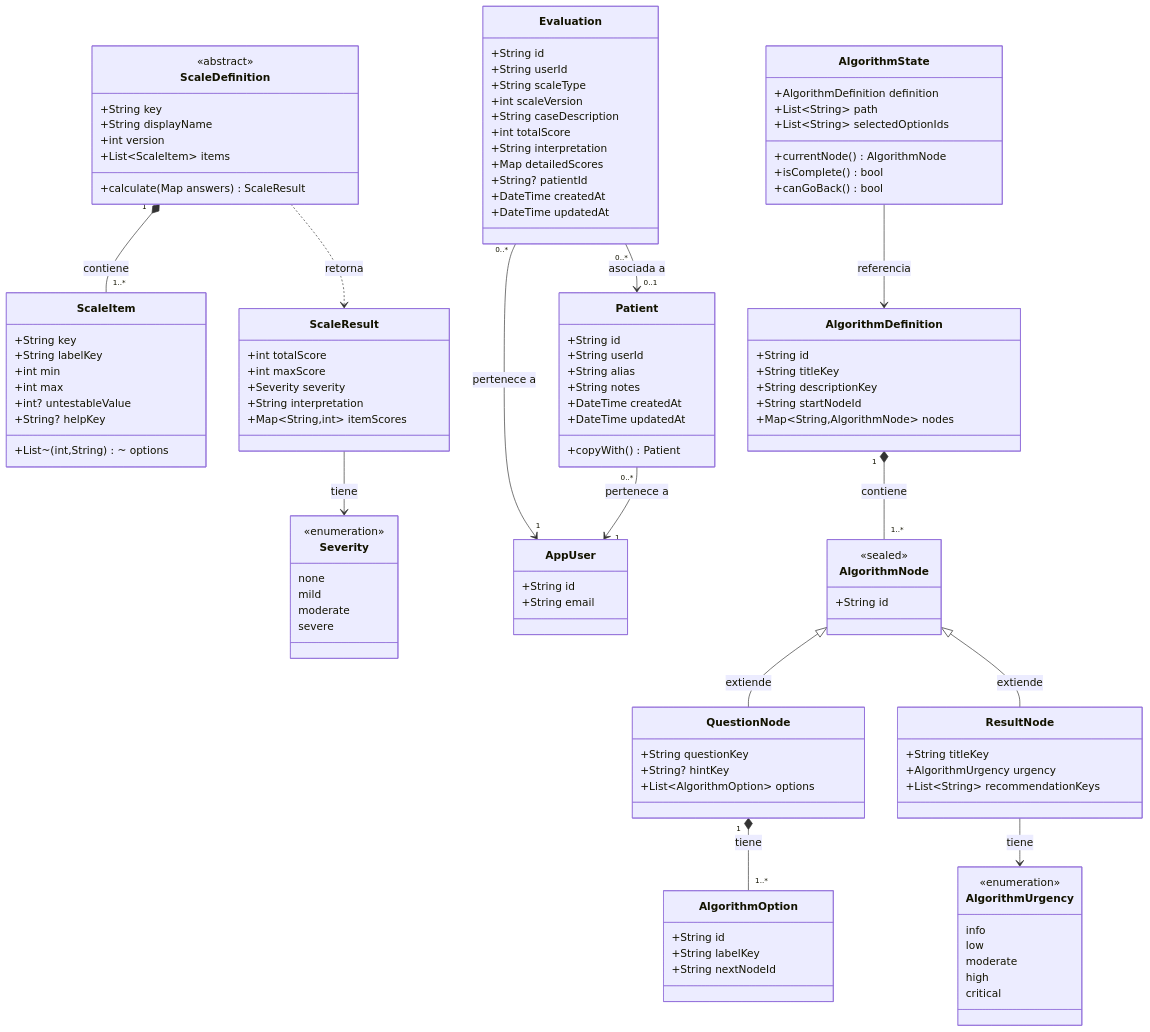
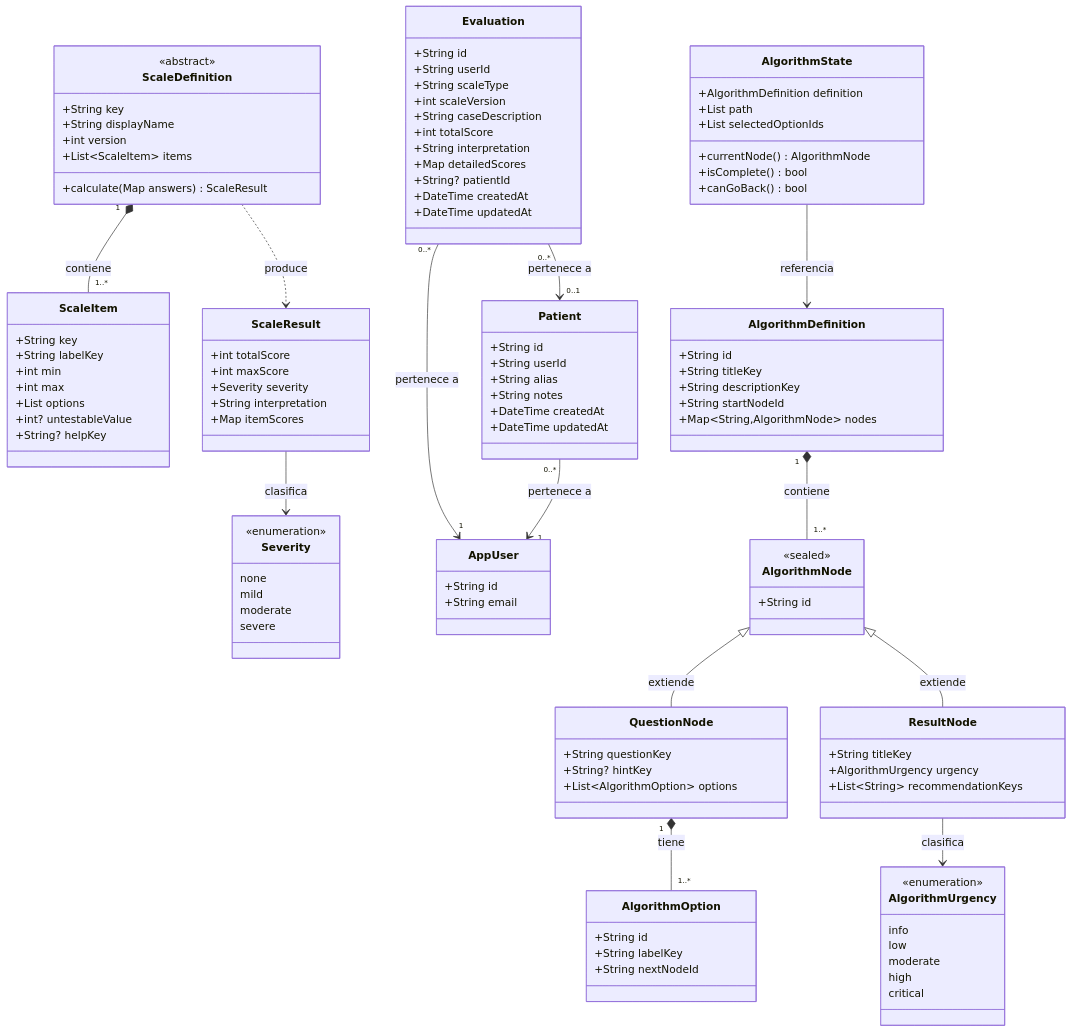
Before and after one commit to grisllo/NeuroScaleApp: the fourth of 6 diagrams in docs/tfc/06_disenios.md, drawn with Mermaid. The commit also changed other lines of this file and 1 other file, not shown here.

First line of the commit message:
docs(tfc): pulir descripción y ampliar diseños con nuevos diagramas

````diff
--- a/docs/tfc/06_disenios.md
+++ b/docs/tfc/06_disenios.md
@@ -24,7 +186,7 @@
         +String labelKey
         +int min
         +int max
-        +List~(int,String)~ options
+        +List options
         +int? untestableValue
         +String? helpKey
     }
@@ -34,7 +196,7 @@
         +int maxScore
         +Severity severity
         +String interpretation
-        +Map~String,int~ itemScores
+        +Map itemScores
     }
 
     class Severity {
@@ -66,7 +228,6 @@
         +String notes
         +DateTime createdAt
         +DateTime updatedAt
-        +copyWith() Patient
     }
 
     class AppUser {
@@ -107,8 +268,8 @@
 
     class AlgorithmState {
         +AlgorithmDefinition definition
-        +List~String~ path
-        +List~String~ selectedOptionIds
+        +List path
+        +List selectedOptionIds
         +currentNode() AlgorithmNode
         +isComplete() bool
         +canGoBack() bool
@@ -124,15 +285,15 @@
     }
 
     ScaleDefinition "1" *-- "1..*" ScaleItem : contiene
-    ScaleDefinition ..> ScaleResult : retorna
-    ScaleResult --> Severity : tiene
+    ScaleDefinition ..> ScaleResult : produce
+    ScaleResult --> Severity : clasifica
     AlgorithmNode <|-- QuestionNode : extiende
     AlgorithmNode <|-- ResultNode : extiende
     QuestionNode "1" *-- "1..*" AlgorithmOption : tiene
     AlgorithmDefinition "1" *-- "1..*" AlgorithmNode : contiene
     AlgorithmState --> AlgorithmDefinition : referencia
-    ResultNode --> AlgorithmUrgency : tiene
-    Evaluation "0..*" --> "0..1" Patient : asociada a
+    ResultNode --> AlgorithmUrgency : clasifica
+    Evaluation "0..*" --> "0..1" Patient : pertenece a
     Evaluation "0..*" --> "1" AppUser : pertenece a
     Patient "0..*" --> "1" AppUser : pertenece a
 ```
````
